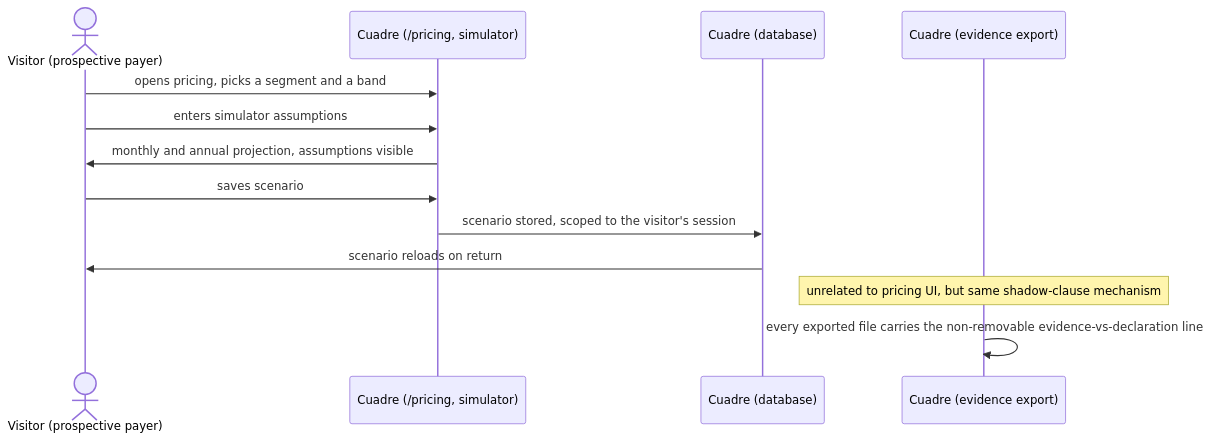
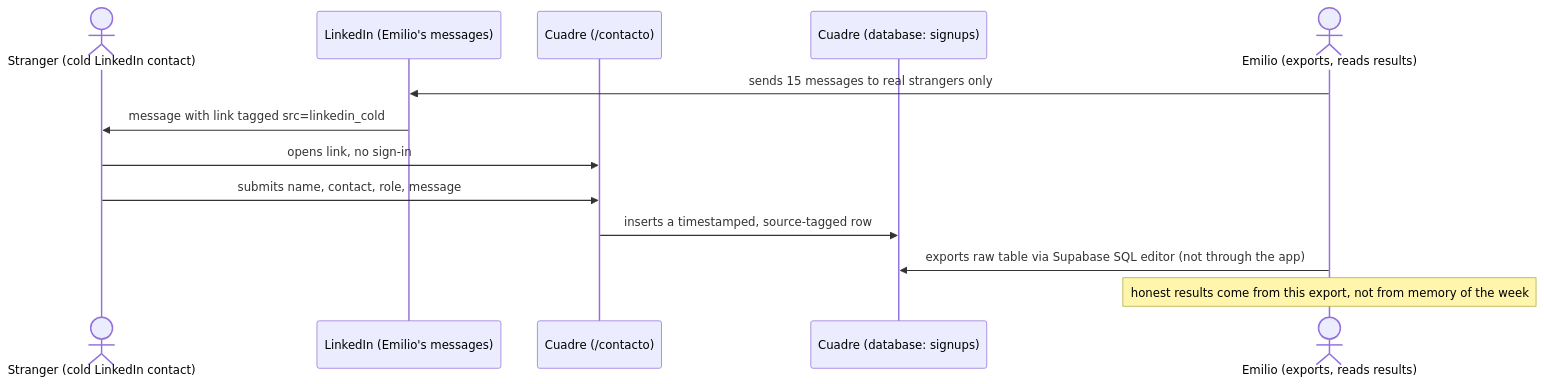
Before and after one commit to emiliogomezbuilds/cuadre: the second of 2 diagrams in docs/PACKET.md, drawn with Mermaid. The commit also changed other lines of this file and 2 other files, not shown here.

Commit message:
Week 15 packet: lightweight no-sign-in capture page, source-tagged cold-outreach test, launch playbook — committed before any code

````diff
--- a/docs/PACKET.md
+++ b/docs/PACKET.md
@@ -54,15 +69,15 @@
 ```mermaid
 sequenceDiagram
-  actor V as Visitor (prospective payer)
-  participant P as Cuadre (/pricing, simulator)
-  participant D as Cuadre (database)
-  participant E as Cuadre (evidence export)
-  V->>P: opens pricing, picks a segment and a band
-  V->>P: enters simulator assumptions
-  P->>V: monthly and annual projection, assumptions visible
-  V->>P: saves scenario
-  P->>D: scenario stored, scoped to the visitor's session
-  D->>V: scenario reloads on return
-  Note over E: unrelated to pricing UI, but same shadow-clause mechanism
-  E->>E: every exported file carries the non-removable evidence-vs-declaration line
+  actor S as Stranger (cold LinkedIn contact)
+  participant L as LinkedIn (Emilio's messages)
+  participant P as Cuadre (/contacto)
+  participant D as Cuadre (database: signups)
+  actor E as Emilio (exports, reads results)
+  E->>L: sends 15 messages to real strangers only
+  L->>S: message with link tagged src=linkedin_cold
+  S->>P: opens link, no sign-in
+  S->>P: submits name, contact, role, message
+  P->>D: inserts a timestamped, source-tagged row
+  E->>D: exports raw table via Supabase SQL editor (not through the app)
+  Note over E: honest results come from this export, not from memory of the week
 ```
````
